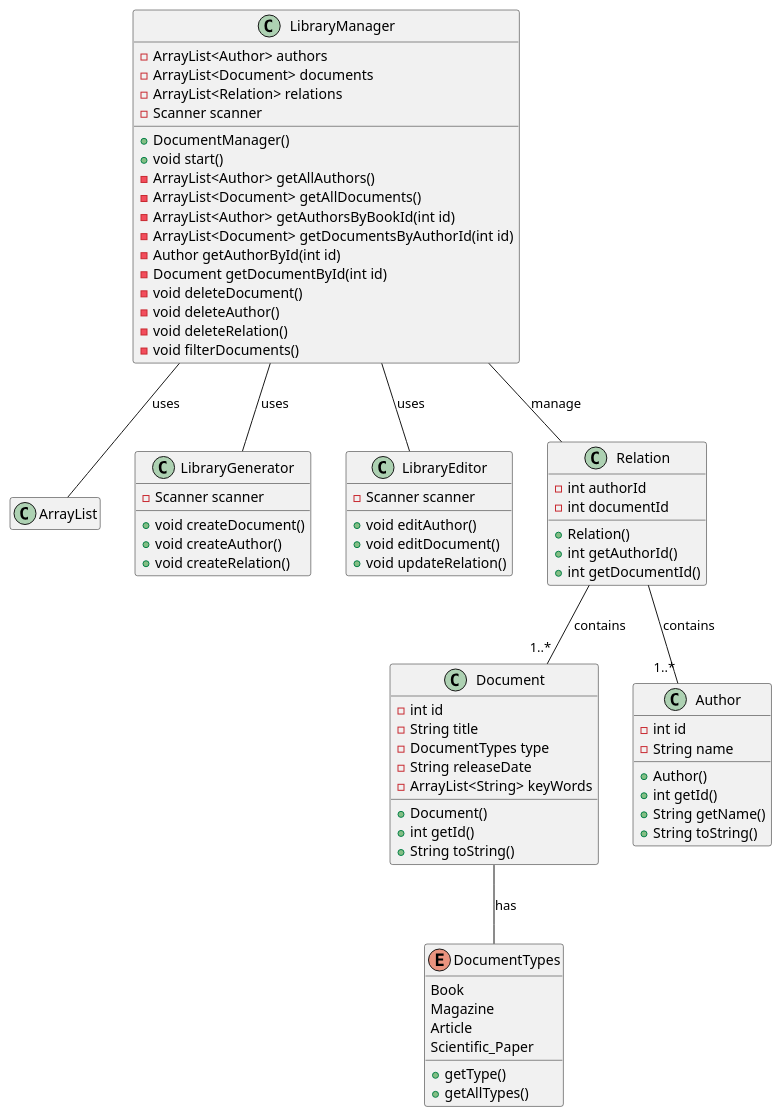
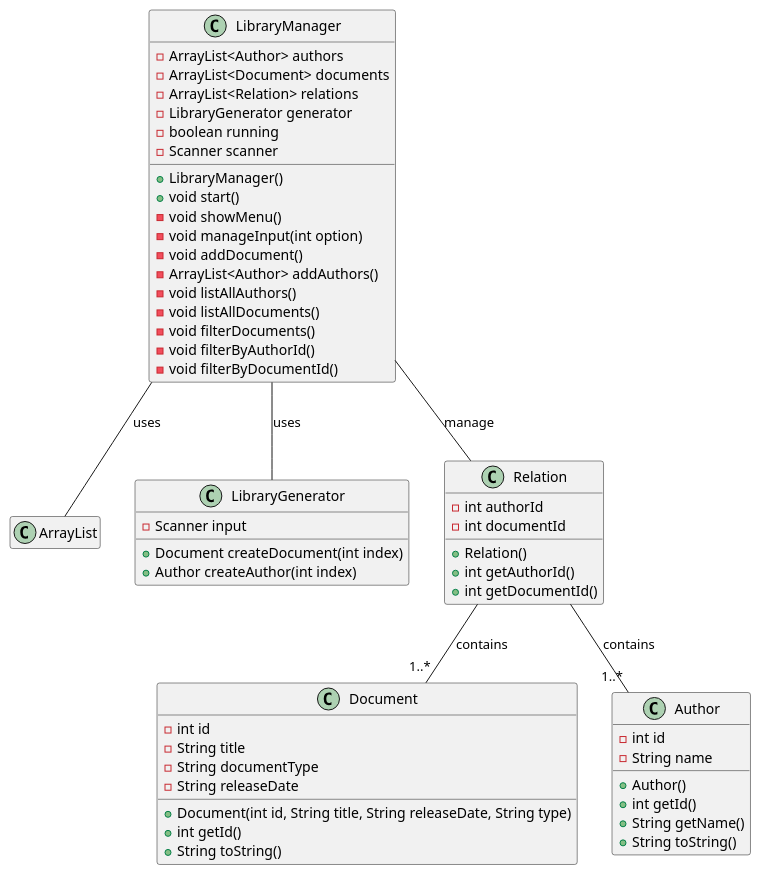
One commit to mmasias/23-24-eda2-ep changed the diagram in entregas/quiñonezJorge/ClassDiagram.puml. Above: the diagram before and after it, drawn with PlantUML. The commit also changed 4 other files, not shown here.

Commit message:
feature/creation-and-filtering-of-library-manager

```diff
--- a/entregas/quiñonezJorge/ClassDiagram.puml
+++ b/entregas/quiñonezJorge/ClassDiagram.puml
@@ -1,88 +1,68 @@
 @startuml class diagram
 
 hide empty methods
 hide empty attributes
 
 class ArrayList{}
 
 class LibraryManager{
   - ArrayList<Author> authors
   - ArrayList<Document> documents
   - ArrayList<Relation> relations
+  - LibraryGenerator generator
+  - boolean running
   - Scanner scanner
 
-  + DocumentManager()
+  + LibraryManager()
   + void start()
-  - ArrayList<Author> getAllAuthors()
-  - ArrayList<Document> getAllDocuments()
-  - ArrayList<Author> getAuthorsByBookId(int id)
-  - ArrayList<Document> getDocumentsByAuthorId(int id)
-  - Author getAuthorById(int id)
-  - Document getDocumentById(int id)
-  - void deleteDocument()
-  - void deleteAuthor()
-  - void deleteRelation()
+  - void showMenu()
+  - void manageInput(int option)
+  - void addDocument()
+  - ArrayList<Author> addAuthors()
+  - void listAllAuthors()
+  - void listAllDocuments()
   - void filterDocuments()
+  - void filterByAuthorId()
+  - void filterByDocumentId()
 }
 
 class LibraryGenerator{
-  - Scanner scanner
-  + void createDocument()
-  + void createAuthor()
-  + void createRelation()
-}
-
-class LibraryEditor{
-  - Scanner scanner
-  + void editAuthor()
-  + void editDocument()
-  + void updateRelation()
+  - Scanner input
+  + Document createDocument(int index)
+  + Author createAuthor(int index)
 }
 
 class Document{
   - int id
   - String title
-  - DocumentTypes type
+  - String documentType
   - String releaseDate
-  - ArrayList<String> keyWords
-  + Document()
+  + Document(int id, String title, String releaseDate, String type)
   + int getId()
   + String toString()
 }
 
 class Author{
   - int id
   - String name
   + Author()
   + int getId()
   + String getName()
   + String toString()
 
 }
 
 class Relation{
   - int authorId
   - int documentId
   + Relation()
   + int getAuthorId()
   + int getDocumentId()
 }
 
-enum DocumentTypes{
-  Book
-  Magazine
-  Article
-  Scientific_Paper
-
-  + getType()
-  + getAllTypes()
-}
-
 LibraryManager -- LibraryGenerator : uses
-LibraryManager -- LibraryEditor : uses
 LibraryManager -- Relation : manage
 LibraryManager -- ArrayList : uses
 Relation -- "1..*" Author : contains
 Relation -- "1..*" Document : contains
-Document -- DocumentTypes : has
 @enduml
```
